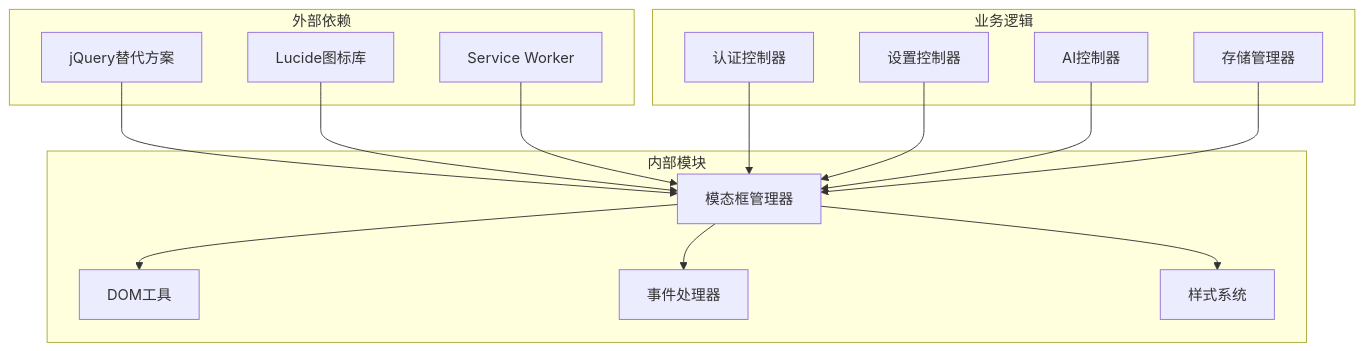
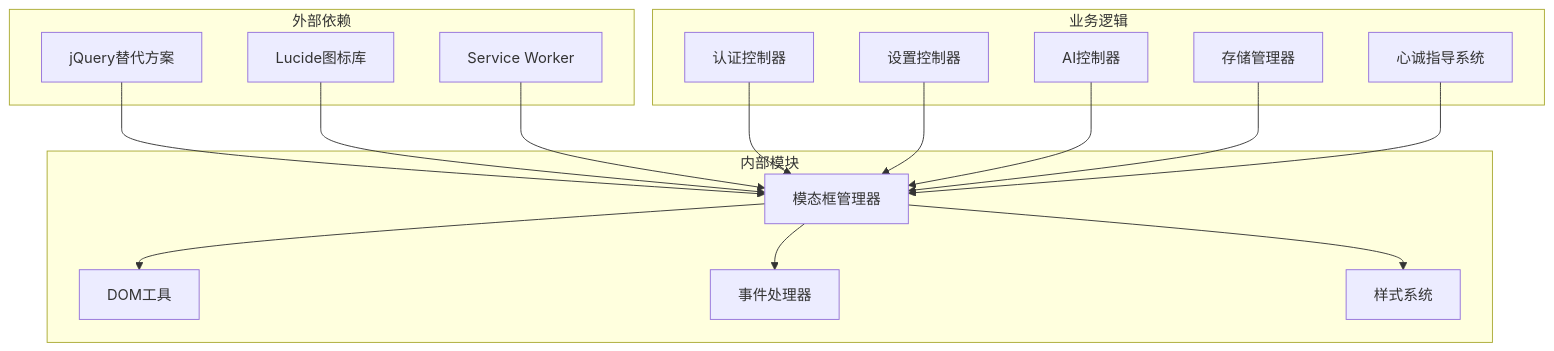
One commit to ghg618-ui/meihuayili-3.8 changed the tenth of 10 diagrams in .qoder/repowiki/zh/content/用户界面/模态框系统.md. Above: the diagram before and after it, drawn with Mermaid. The commit also changed other lines of this file and 4 other files, not shown here.

````diff
--- a/.qoder/repowiki/zh/content/用户界面/模态框系统.md
+++ b/.qoder/repowiki/zh/content/用户界面/模态框系统.md
@@ -315,30 +368,32 @@
 ```mermaid
 graph TB
 subgraph "外部依赖"
 A[jQuery替代方案]
 B[Lucide图标库]
 C[Service Worker]
 end
 subgraph "内部模块"
 D[模态框管理器]
 E[DOM工具]
 F[事件处理器]
 G[样式系统]
 end
 subgraph "业务逻辑"
 H[认证控制器]
 I[设置控制器]
 J[AI控制器]
 K[存储管理器]
+L[心诚指导系统]
 end
 A --> D
 B --> D
 C --> D
 D --> E
 D --> F
 D --> G
 H --> D
 I --> D
 J --> D
 K --> D
+L --> D
 ```
````
